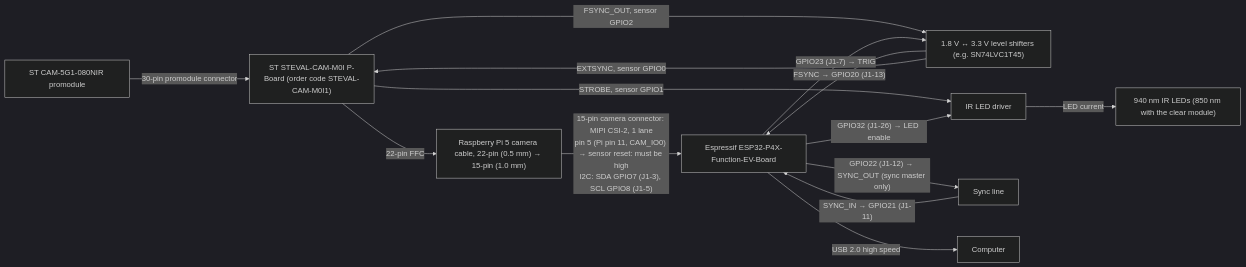
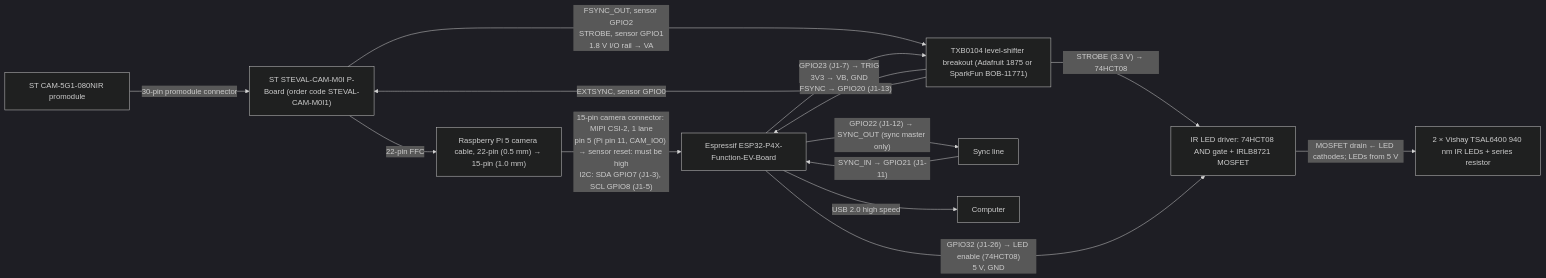
Before and after one commit to olinesn/nir-eye-cam: the diagram in README.md, drawn with Mermaid (dark theme). The commit also changed other lines of this file and 4 other files, not shown here.

First line of the commit message:
ESP32-P4 docs: IR LED driver and level shifting

````diff
--- a/README.md
+++ b/README.md
@@ -78,25 +78,25 @@
 ```mermaid
 flowchart LR
     module["ST CAM-5G1-080NIR promodule"]
     pboard["ST STEVAL-CAM-M0I P-Board (order code STEVAL-CAM-M0I1)"]
     cable["Raspberry Pi 5 camera cable, 22-pin (0.5 mm) → 15-pin (1.0 mm)"]
     board["Espressif ESP32-P4X-Function-EV-Board"]
-    shift["1.8 V ↔ 3.3 V level shifters (e.g. SN74LVC1T45)"]
-    driver["IR LED driver"]
-    leds["940 nm IR LEDs (850 nm with the clear module)"]
+    shift["TXB0104 level-shifter breakout (Adafruit 1875 or SparkFun BOB-11771)"]
+    driver["IR LED driver: 74HCT08 AND gate + IRLB8721 MOSFET"]
+    leds["2 × Vishay TSAL6400 940 nm IR LEDs + series resistor"]
     sync["Sync line"]
     pc["Computer"]
     module -- "30-pin promodule connector" --> pboard
     pboard -- "22-pin FFC" --> cable
     cable -- "15-pin camera connector: MIPI CSI-2, 1 lane<br/>pin 5 (Pi pin 11, CAM_IO0) → sensor reset: must be high<br/>I2C: SDA GPIO7 (J1-3), SCL GPIO8 (J1-5)" --> board
-    pboard -- "FSYNC_OUT, sensor GPIO2" --> shift
+    pboard -- "FSYNC_OUT, sensor GPIO2<br/>STROBE, sensor GPIO1<br/>1.8 V I/O rail → VA" --> shift
     shift -- "FSYNC → GPIO20 (J1-13)" --> board
-    board -- "GPIO23 (J1-7) → TRIG" --> shift
+    board -- "GPIO23 (J1-7) → TRIG<br/>3V3 → VB, GND" --> shift
     shift -- "EXTSYNC, sensor GPIO0" --> pboard
-    pboard -- "STROBE, sensor GPIO1" --> driver
-    board -- "GPIO32 (J1-26) → LED enable" --> driver
-    driver -- "LED current" --> leds
+    shift -- "STROBE (3.3 V) → 74HCT08" --> driver
+    board -- "GPIO32 (J1-26) → LED enable (74HCT08)<br/>5 V, GND" --> driver
+    driver -- "MOSFET drain ← LED cathodes; LEDs from 5 V" --> leds
     sync -- "SYNC_IN → GPIO21 (J1-11)" --> board
     board -- "GPIO22 (J1-12) → SYNC_OUT (sync master only)" --> sync
     board -- "USB 2.0 high speed" --> pc
 ```
````
